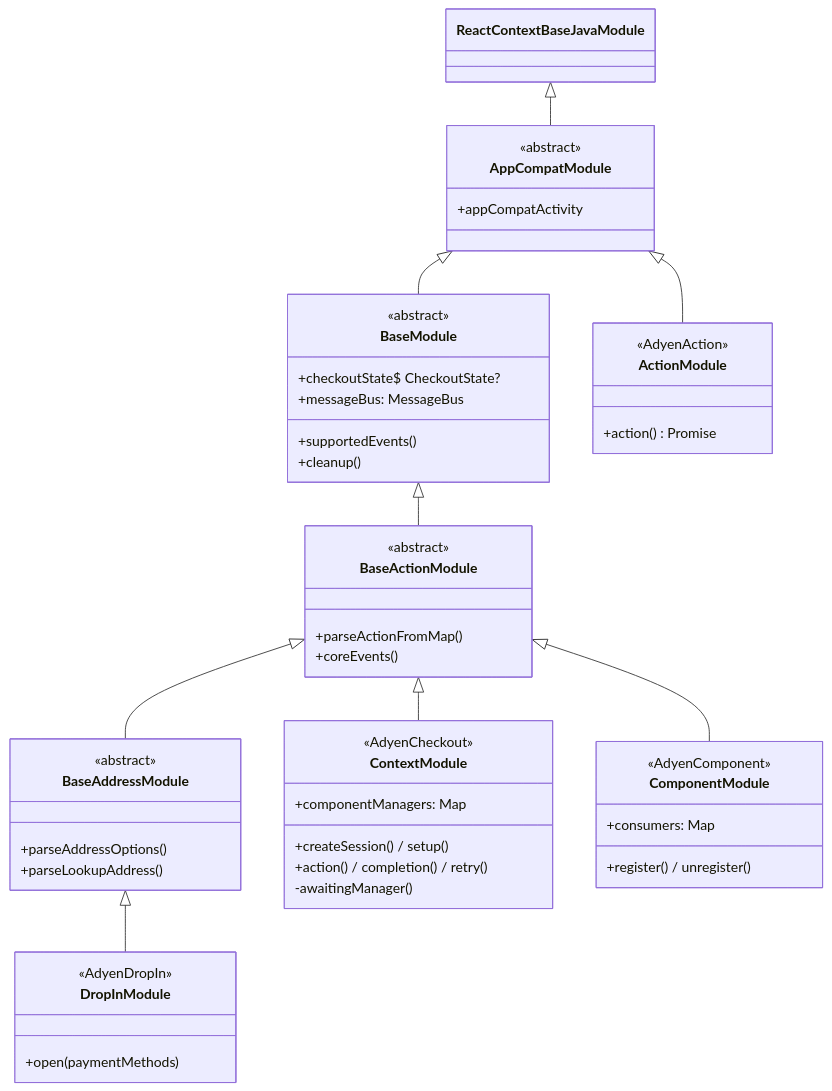
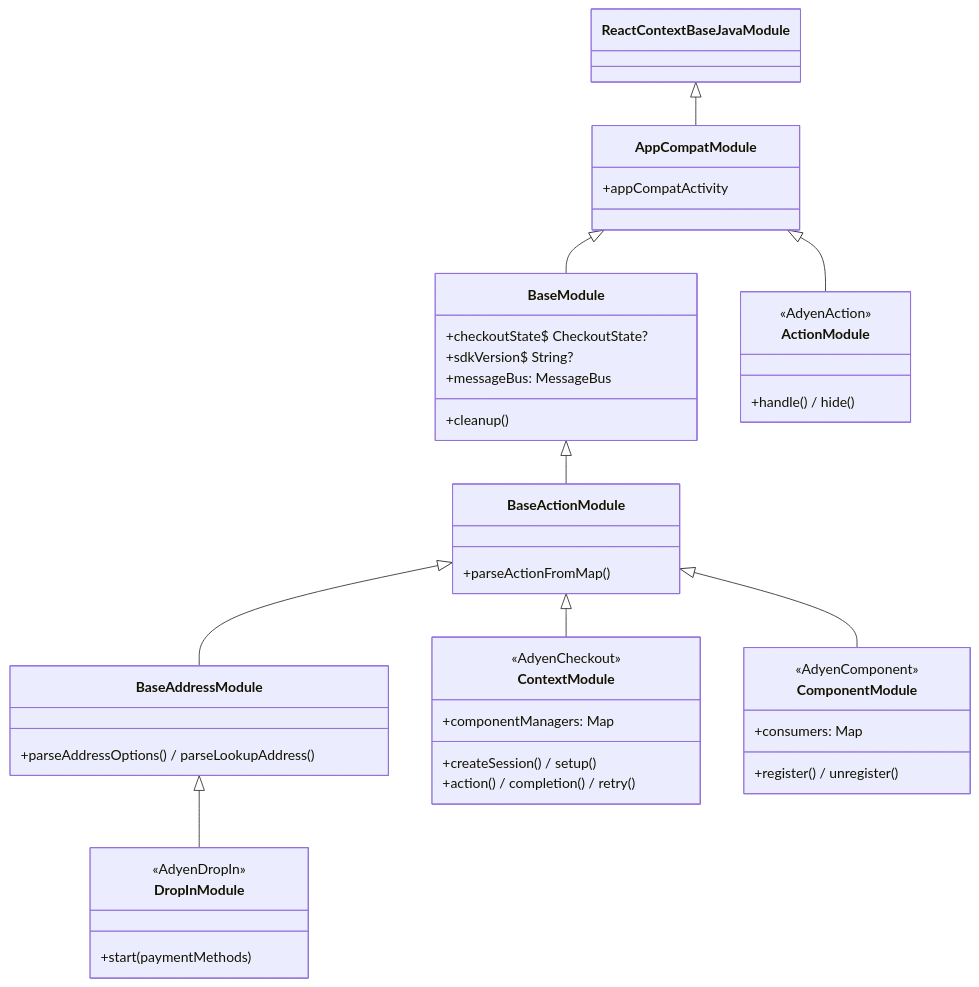
The third of 5 diagrams in docs/native-architecture.md (Adyen/adyen-react-native), drawn with Mermaid before and after one commit. The commit also changed other lines of this file and 2 other files, not shown here.

First line of the commit message:
docs: rewrite canonical architecture set for current v6 implementation

````diff
--- a/docs/native-architecture.md
+++ b/docs/native-architecture.md
@@ -181,54 +106,47 @@
 ```mermaid
 classDiagram
   class ReactContextBaseJavaModule
   class AppCompatModule {
-    <<abstract>>
     +appCompatActivity
   }
   class BaseModule {
-    <<abstract>>
     +checkoutState$ CheckoutState?
+    +sdkVersion$ String?
     +messageBus: MessageBus
-    +supportedEvents()
     +cleanup()
   }
   class BaseActionModule {
-    <<abstract>>
     +parseActionFromMap()
-    +coreEvents()
   }
   class BaseAddressModule {
-    <<abstract>>
-    +parseAddressOptions()
-    +parseLookupAddress()
+    +parseAddressOptions() / parseLookupAddress()
   }
   class ContextModule {
     <<AdyenCheckout>>
     +componentManagers: Map
     +createSession() / setup()
     +action() / completion() / retry()
-    -awaitingManager()
   }
   class ComponentModule {
     <<AdyenComponent>>
     +consumers: Map
     +register() / unregister()
   }
   class DropInModule {
     <<AdyenDropIn>>
-    +open(paymentMethods)
+    +start(paymentMethods)
   }
   class ActionModule {
     <<AdyenAction>>
-    +action() Promise
+    +handle() / hide()
   }
 
   ReactContextBaseJavaModule <|-- AppCompatModule
   AppCompatModule <|-- BaseModule
   AppCompatModule <|-- ActionModule
   BaseModule <|-- BaseActionModule
   BaseActionModule <|-- ContextModule
   BaseActionModule <|-- ComponentModule
   BaseActionModule <|-- BaseAddressModule
   BaseAddressModule <|-- DropInModule
 ```
````
